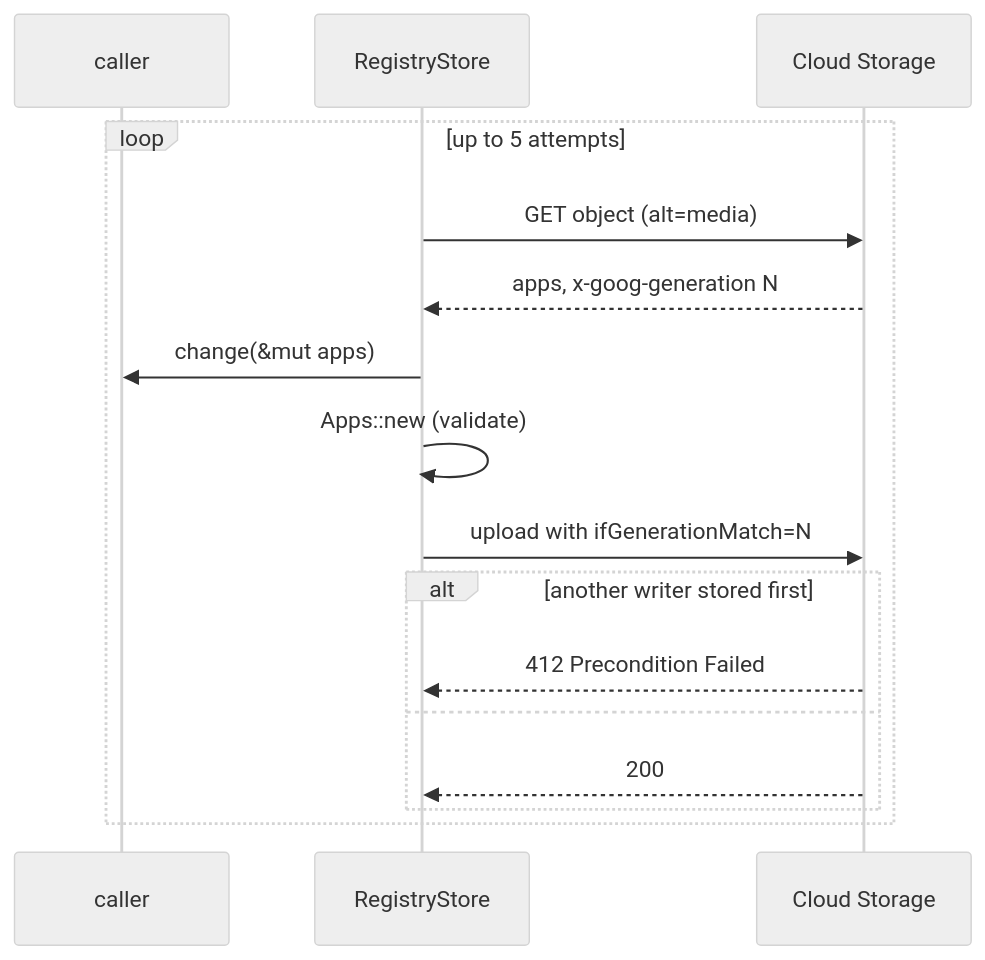
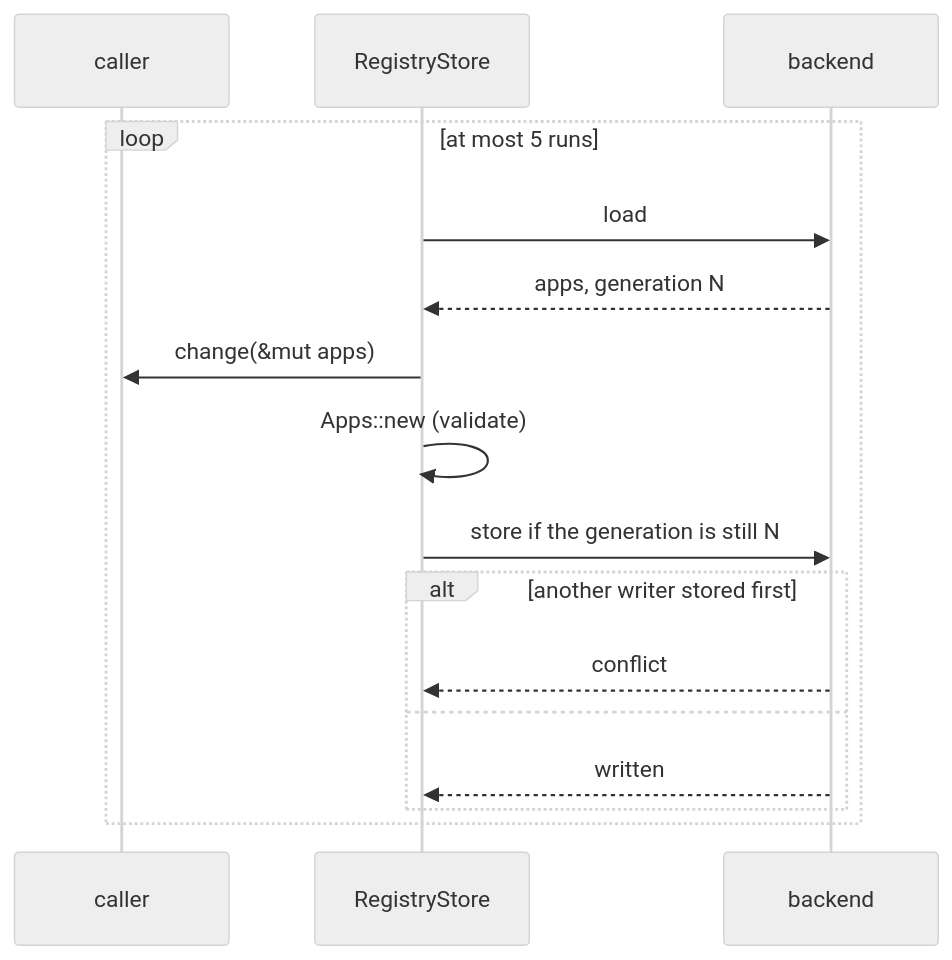
Before and after one commit to nttcom/moq-wasm: the diagram in docs/architecture/app-registry/architecture.md, drawn with Mermaid (neutral theme). The commit also changed other lines of this file and 9 other files, not shown here.

````diff
--- a/docs/architecture/app-registry/architecture.md
+++ b/docs/architecture/app-registry/architecture.md
@@ -26,18 +29,18 @@
 ```mermaid
 sequenceDiagram
     participant C as caller
     participant S as RegistryStore
-    participant G as Cloud Storage
-    loop up to 5 attempts
-        S->>G: GET object (alt=media)
-        G-->>S: apps, x-goog-generation N
+    participant B as backend
+    loop at most 5 runs
+        S->>B: load
+        B-->>S: apps, generation N
         S->>C: change(&mut apps)
         S->>S: Apps::new (validate)
-        S->>G: upload with ifGenerationMatch=N
+        S->>B: store if the generation is still N
         alt another writer stored first
-            G-->>S: 412 Precondition Failed
+            B-->>S: conflict
         else
-            G-->>S: 200
+            B-->>S: written
         end
     end
 ```
````
